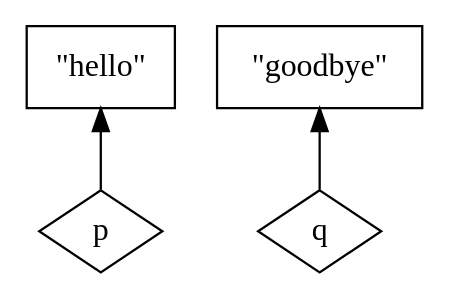
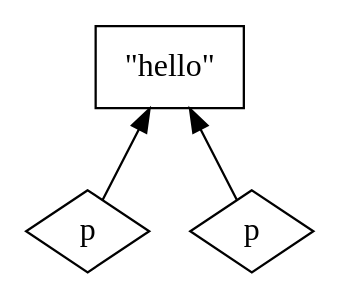
The diagram in heap3.dot (ronan-d/separation-logic-presentation), drawn with Graphviz before and after one commit. The commit also changed 1 other file, not shown here.

```diff
--- a/heap3.dot
+++ b/heap3.dot
@@ -1,15 +1,12 @@
 digraph Heap {
     rankdir = BT;
 
     node [shape=box];
 
     hello [label="\"hello\""];
-    p [shape=diamond,label="p"];
+    p1 [shape=diamond,label="p"];
+    p2 [shape=diamond,label="p"];
 
-    p -> hello;
-
-    goodbye [label="\"goodbye\""];
-    q [shape=diamond,label="q"];
-
-    q -> goodbye;
+    p1 -> hello;
+    p2 -> hello;
 }
```
